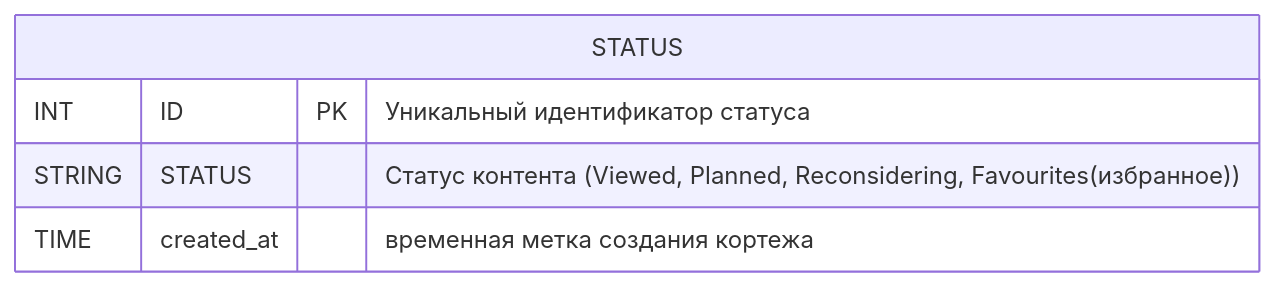
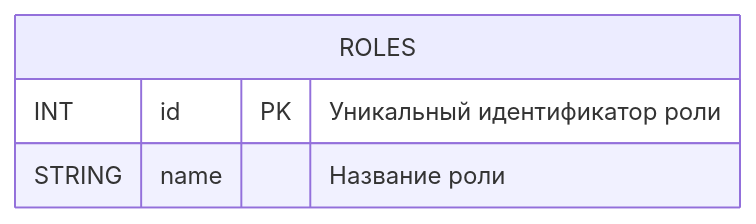
The sixth of 15 diagrams in db/normalized/relations.md (go-park-mail-ru/2024_1_Cyberkotletki), drawn with Mermaid before and after one commit. The commit also changed other lines of this file and 3 other files, not shown here.

````diff
--- a/db/normalized/relations.md
+++ b/db/normalized/relations.md
@@ -274,8 +158,7 @@
 ```mermaid
 erDiagram
-    STATUS{
-        INT ID PK "Уникальный идентификатор статуса"
-        STRING STATUS "Статус контента (Viewed, Planned, Reconsidering, Favourites(избранное))"
-        TIME created_at "временная метка создания кортежа"
+    ROLES {
+        INT id PK "Уникальный идентификатор роли"
+        STRING name "Название роли"
     }
 ```
````
